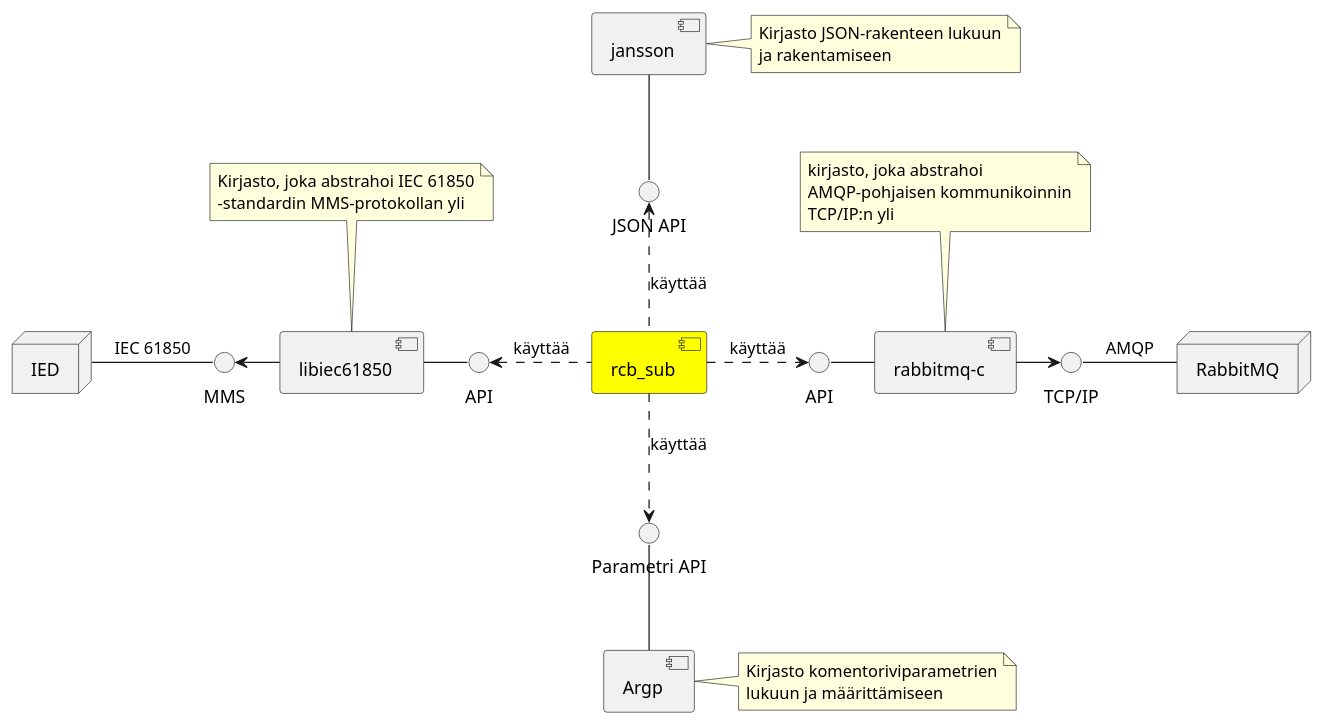
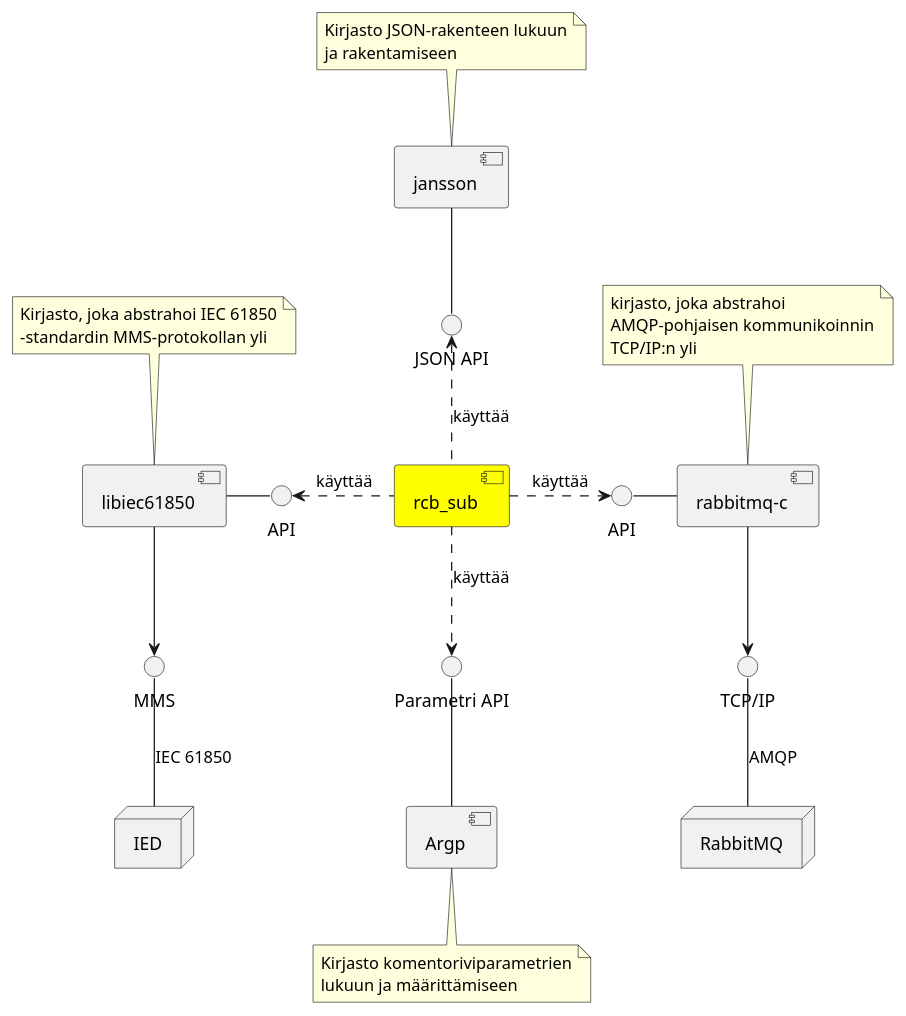
The diagram in uml/rcb-sub-component-diagram.puml (Kazhuu/tut_master_thesis), drawn with PlantUML before and after one commit. The commit also changed 3 other files, not shown here.

```diff
--- a/uml/rcb-sub-component-diagram.puml
+++ b/uml/rcb-sub-component-diagram.puml
@@ -1,53 +1,53 @@
 @startuml
 skinparam componentStyle uml2
 
 node IED as ied
 node RabbitMQ as mq
 component rcb_sub as rcbsub #Yellow
 component jansson as jansson
 component libiec61850 as libiec
 component [rabbitmq-c] as mqc
 component Argp as argp
 
 () "MMS" as mmsif
 () "API" as libiecif
 () "API" as mqcif
 () "JSON API" as jsonif
 () "Parametri API" as argpif
 () "TCP/IP" as amqpif
 
-ied -r- mmsif : IEC 61850
-mq -l- amqpif : AMQP
+ied -u- mmsif : IEC 61850
+mq -u- amqpif : AMQP
 jansson -- jsonif
 libiec -r- libiecif
 mqc -l- mqcif
 argp -u- argpif
 
-libiec -l-> mmsif
-mqc -r-> amqpif
+libiec -d-> mmsif
+mqc -d-> amqpif
 rcbsub .u.> jsonif : käyttää
 rcbsub .l.> libiecif : käyttää
 rcbsub .d.> argpif : käyttää
 rcbsub .r.> mqcif : käyttää
 
-note right of jansson
+note top of jansson
 	Kirjasto JSON-rakenteen lukuun
 	ja rakentamiseen
 end note
 
-note right of argp
+note bottom of argp
 	Kirjasto komentoriviparametrien
 	lukuun ja määrittämiseen
 end note
 
 note top of mqc
 	kirjasto, joka abstrahoi
 	AMQP-pohjaisen kommunikoinnin
 	TCP/IP:n yli
 end note
 
 note top of libiec
 	Kirjasto, joka abstrahoi IEC 61850
 	-standardin MMS-protokollan yli
 end note
 @enduml
```
